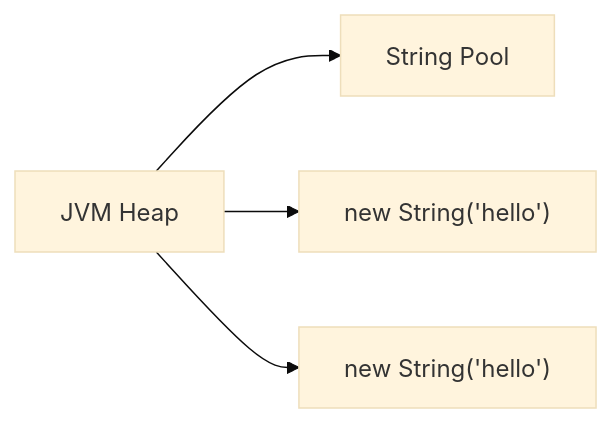
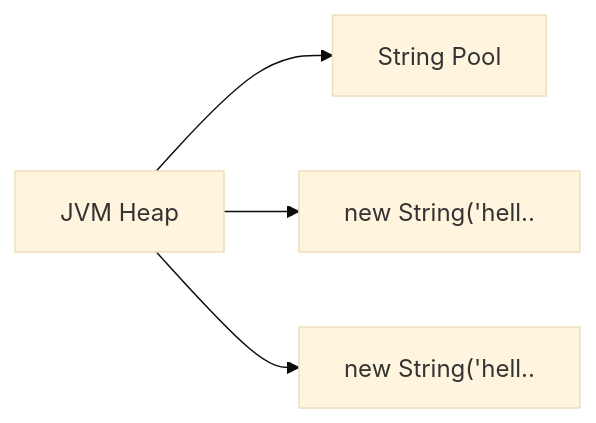
The first of 3 diagrams in _posts/java/2026-05-01-java-string.md (yjkim2015/yjkim2015.github.io), drawn with Mermaid (base theme) before and after one commit. The commit also changed other lines of this file and 149 other files, not shown here.

First line of the commit message:
Mermaid 가독성 개선: 라벨 축약, 노드 축소, TD→LR 변환

````diff
--- a/_posts/java/2026-05-01-java-string.md
+++ b/_posts/java/2026-05-01-java-string.md
@@ -89,10 +89,10 @@
 ```mermaid
 graph LR
     HEAP["JVM Heap"]
     POOL["String Pool"]
-    OBJ1["new String('hello')"]
-    OBJ2["new String('hello')"]
+    OBJ1["new String('hell.."]
+    OBJ2["new String('hell.."]
     HEAP --> POOL
     HEAP --> OBJ1
     HEAP --> OBJ2
 ```
````
